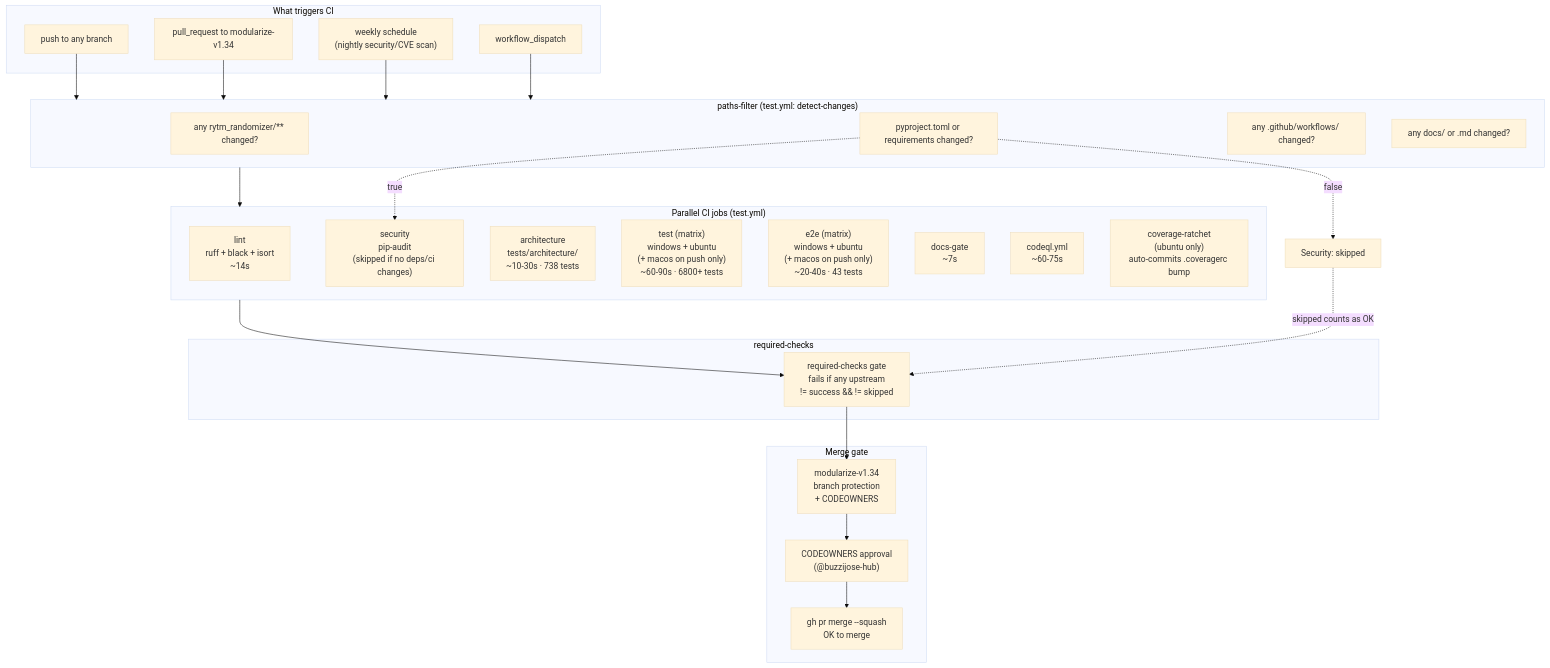
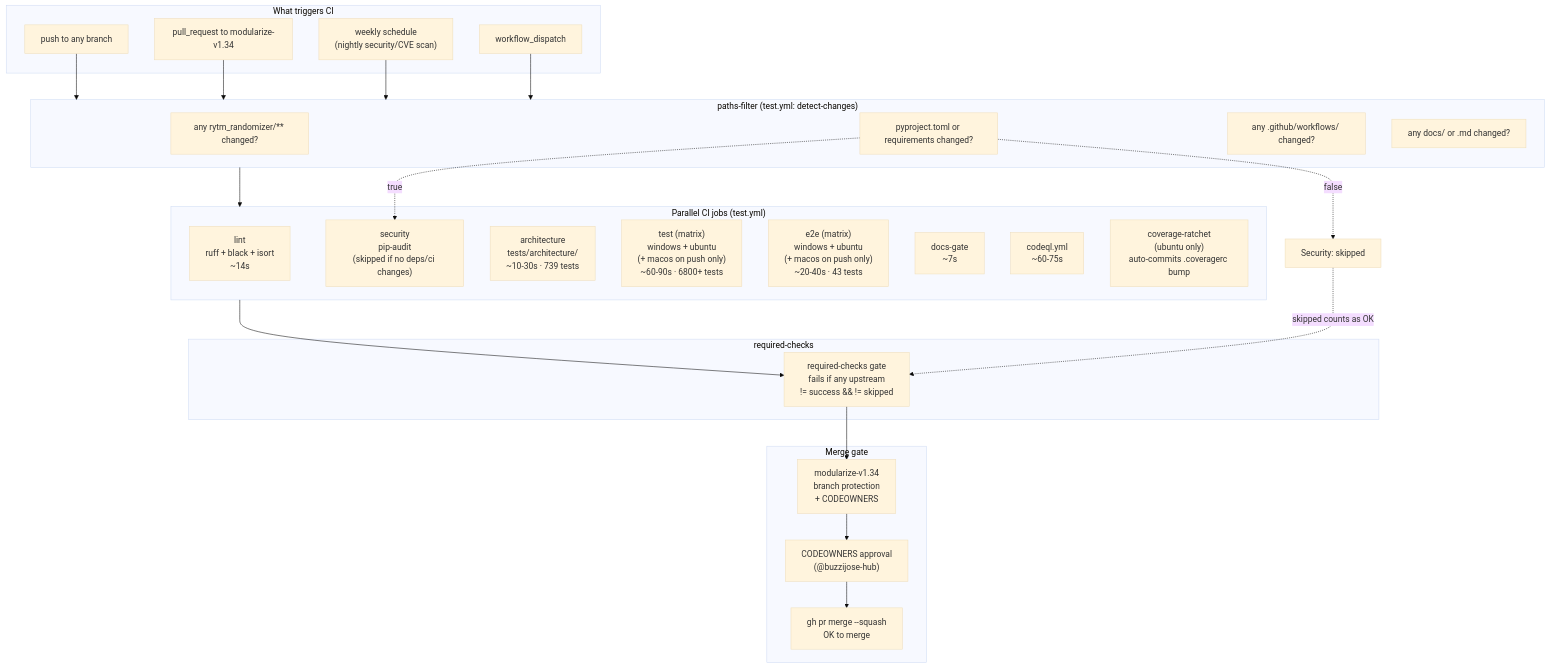
Diagram 11 of 34 in docs/ARCHITECTURE_DIAGRAMS.md (buzzijose-hub/RytmRandomizer), drawn with Mermaid (base theme) before and after one commit. The commit also changed other lines of this file and 16 other files, not shown here.

````diff
--- a/docs/ARCHITECTURE_DIAGRAMS.md
+++ b/docs/ARCHITECTURE_DIAGRAMS.md
@@ -858,53 +858,53 @@
 ```mermaid
 flowchart TB
     subgraph Trigger["What triggers CI"]
         Push["push to any branch"]
         PR["pull_request to modularize-v1.34"]
         Schedule["weekly schedule<br/>(nightly security/CVE scan)"]
         Manual["workflow_dispatch"]
     end
 
     subgraph PathFilter["paths-filter (test.yml: detect-changes)"]
         DetectCode["any rytm_randomizer/** changed?"]
         DetectDeps["pyproject.toml or requirements changed?"]
         DetectCI["any .github/workflows/ changed?"]
         DetectDocs["any docs/ or .md changed?"]
     end
 
     subgraph Jobs["Parallel CI jobs (test.yml)"]
         Lint["lint<br/>ruff + black + isort<br/>~14s"]
         Security["security<br/>pip-audit<br/>(skipped if no deps/ci changes)"]
-        Architecture["architecture<br/>tests/architecture/<br/>~10-30s · 738 tests"]
+        Architecture["architecture<br/>tests/architecture/<br/>~10-30s · 739 tests"]
         TestMatrix["test (matrix)<br/>windows + ubuntu<br/>(+ macos on push only)<br/>~60-90s · 6800+ tests"]
         E2EMatrix["e2e (matrix)<br/>windows + ubuntu<br/>(+ macos on push only)<br/>~20-40s · 43 tests"]
         DocsGate["docs-gate<br/>~7s"]
         CodeQL["codeql.yml<br/>~60-75s"]
         CoverageRatchet["coverage-ratchet<br/>(ubuntu only)<br/>auto-commits .coveragerc bump"]
     end
 
     subgraph Aggregator["required-checks"]
         Gate["required-checks gate<br/>fails if any upstream<br/>!= success && != skipped"]
     end
 
     subgraph MergeGate["Merge gate"]
         BranchProtection["modularize-v1.34<br/>branch protection<br/>+ CODEOWNERS"]
         Approval["CODEOWNERS approval<br/>(@buzzijose-hub)"]
         Merge["gh pr merge --squash<br/>OK to merge"]
     end
 
     Push --> PathFilter
     PR --> PathFilter
     Schedule --> PathFilter
     Manual --> PathFilter
 
     PathFilter --> Jobs
 
     Jobs --> Gate
     Gate --> BranchProtection
     BranchProtection --> Approval
     Approval --> Merge
 
     DetectDeps -.->|"true"| Security
     DetectDeps -.->|"false"| Skip1["Security: skipped"]
     Skip1 -.->|"skipped counts as OK"| Gate
 ```
````
